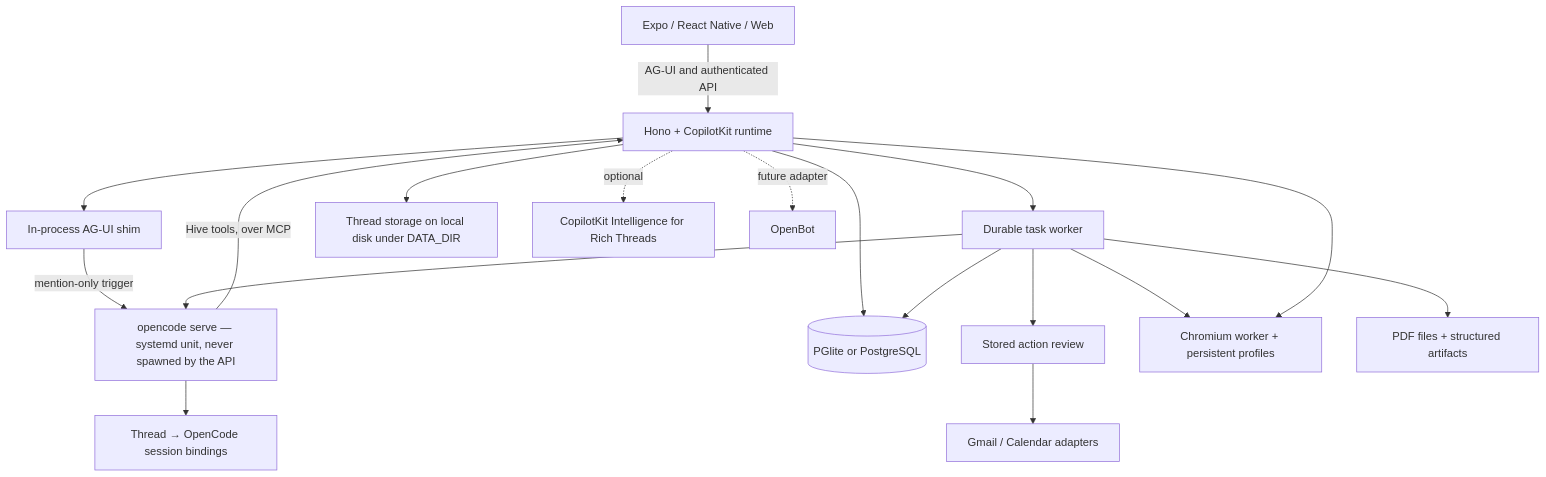
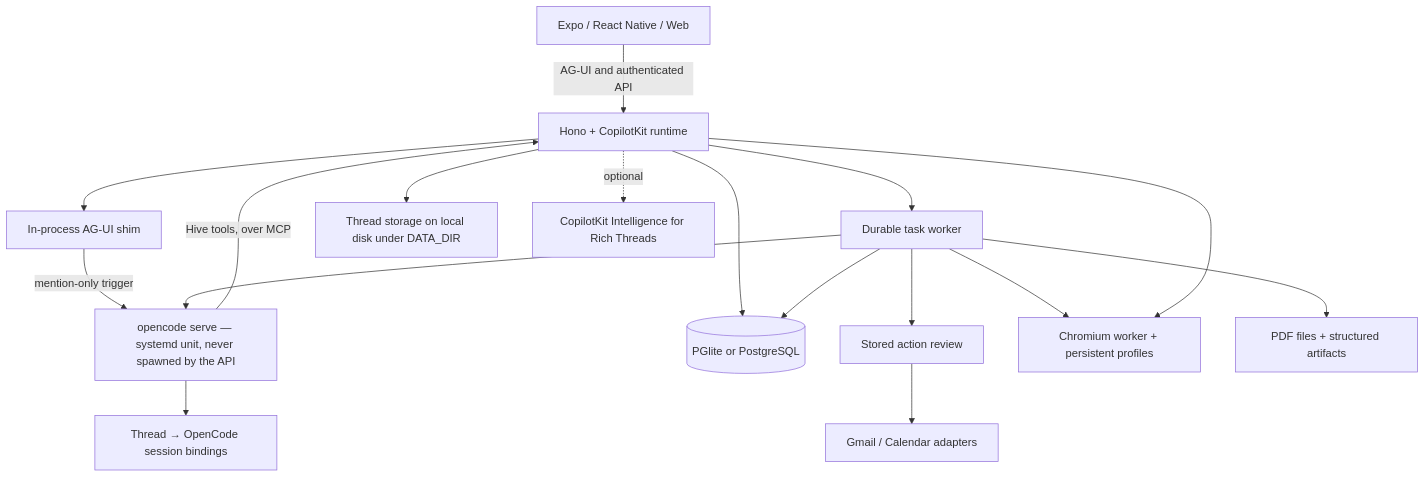
The diagram in README.md (akshay-gup/hive), drawn with Mermaid before and after one commit. The commit also changed other lines of this file and 9 other files, not shown here.

First line of the commit message:
Remove the OpenBot adapter, its test and its docs

````diff
--- a/README.md
+++ b/README.md
@@ -234,20 +234,19 @@
 ```mermaid
 flowchart TD
   Client[Expo / React Native / Web] -->|AG-UI and authenticated API| API[Hono + CopilotKit runtime]
   API --> Shim[In-process AG-UI shim]
   Shim -->|mention-only trigger| OpenCode[opencode serve — systemd unit, never spawned by the API]
   OpenCode --> Sessions[Thread → OpenCode session bindings]
   OpenCode -->|Hive tools, over MCP| API
   API --> Tasks[Durable task worker]
   Tasks --> OpenCode
   API --> Threads[Thread storage on local disk under DATA_DIR]
   API -. optional .-> Intelligence[CopilotKit Intelligence for Rich Threads]
   API --> Store[(PGlite or PostgreSQL)]
   Tasks --> Store
   Tasks --> Review[Stored action review]
   Review --> Google[Gmail / Calendar adapters]
   Tasks --> Browser[Chromium worker + persistent profiles]
   API --> Browser
   Tasks --> Files[PDF files + structured artifacts]
-  API -. future adapter .-> OpenBot[OpenBot]
 ```
````
